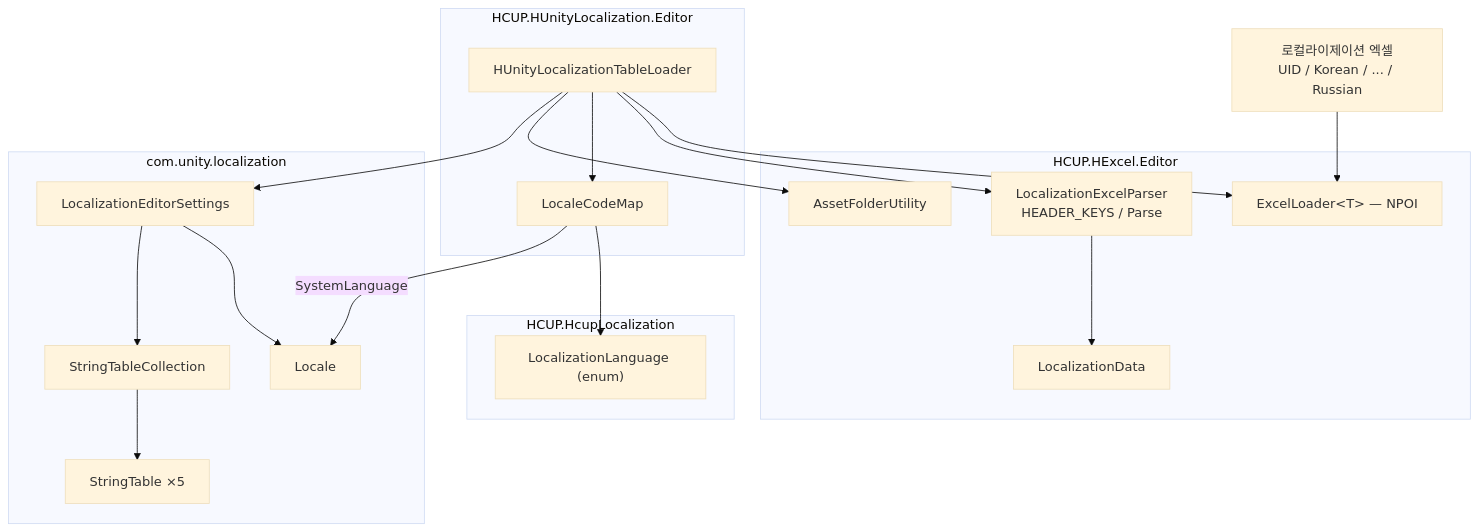
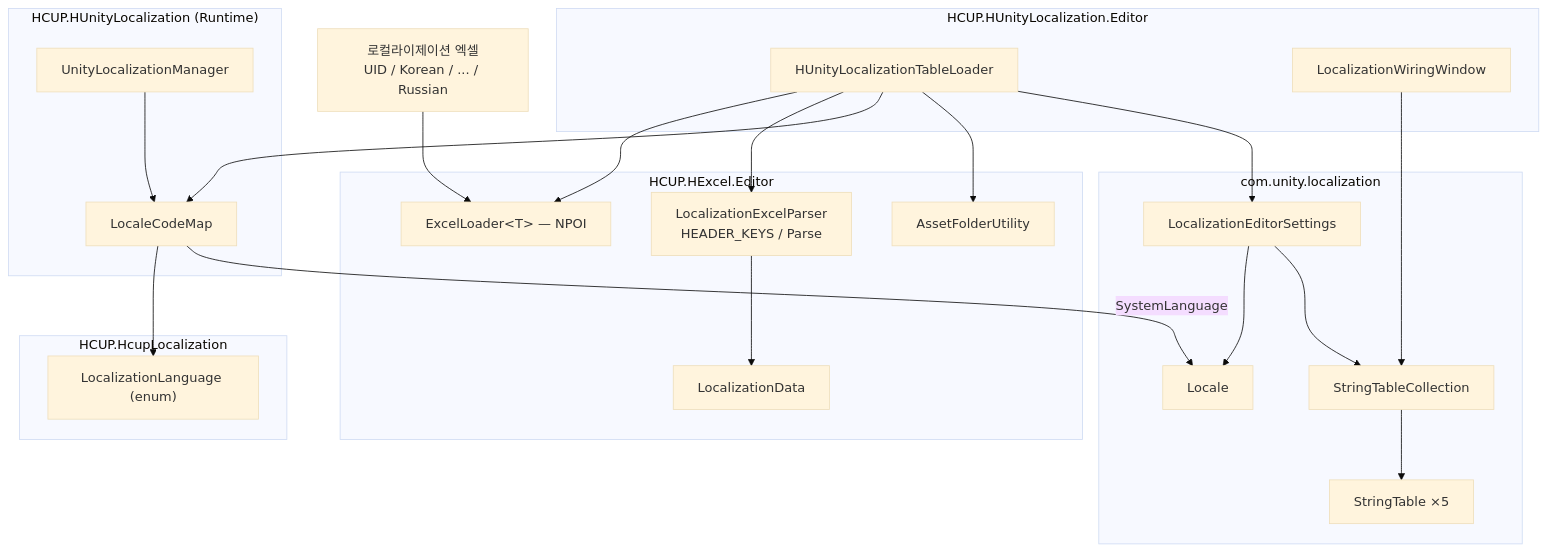
The first of 3 diagrams in HLocalization/HUnityLocalization/Editor/README.md (HoHong123/HCUP-Unity), drawn with Mermaid (base theme) before and after one commit. The commit also changed other lines of this file, not shown here.

Commit message:
[Docs] 📝 17.09.26 update editor readme for the runtime assembly

````diff
--- a/HLocalization/HUnityLocalization/Editor/README.md
+++ b/HLocalization/HUnityLocalization/Editor/README.md
@@ -54,40 +60,47 @@
 ```mermaid
 flowchart TD
     XL["로컬라이제이션 엑셀<br/>UID / Korean / ... / Russian"]
 
     subgraph HE["HCUP.HExcel.Editor"]
     EL["ExcelLoader&lt;T&gt; — NPOI"]
     PARSE["LocalizationExcelParser<br/>HEADER_KEYS / Parse"]
     LD["LocalizationData"]
     AFU["AssetFolderUtility"]
     end
 
     subgraph HUL["HCUP.HUnityLocalization.Editor"]
     TLD["HUnityLocalizationTableLoader"]
+    WIRE["LocalizationWiringWindow"]
+    end
+
+    subgraph HULR["HCUP.HUnityLocalization (Runtime)"]
     LCM["LocaleCodeMap"]
+    MGR["UnityLocalizationManager"]
     end
 
     subgraph HCL["HCUP.HcupLocalization"]
     EN["LocalizationLanguage (enum)"]
     end
 
     subgraph UL["com.unity.localization"]
     LOC["Locale"]
     STC["StringTableCollection"]
     ST["StringTable ×5"]
     LES["LocalizationEditorSettings"]
     end
 
     XL --> EL
     TLD --> EL
     TLD --> PARSE
     PARSE --> LD
     TLD --> LCM
+    MGR --> LCM
+    WIRE --> STC
     LCM --> EN
     LCM -->|"SystemLanguage"| LOC
     TLD --> AFU
     TLD --> LES
     LES --> LOC
     LES --> STC
     STC --> ST
 ```
````
